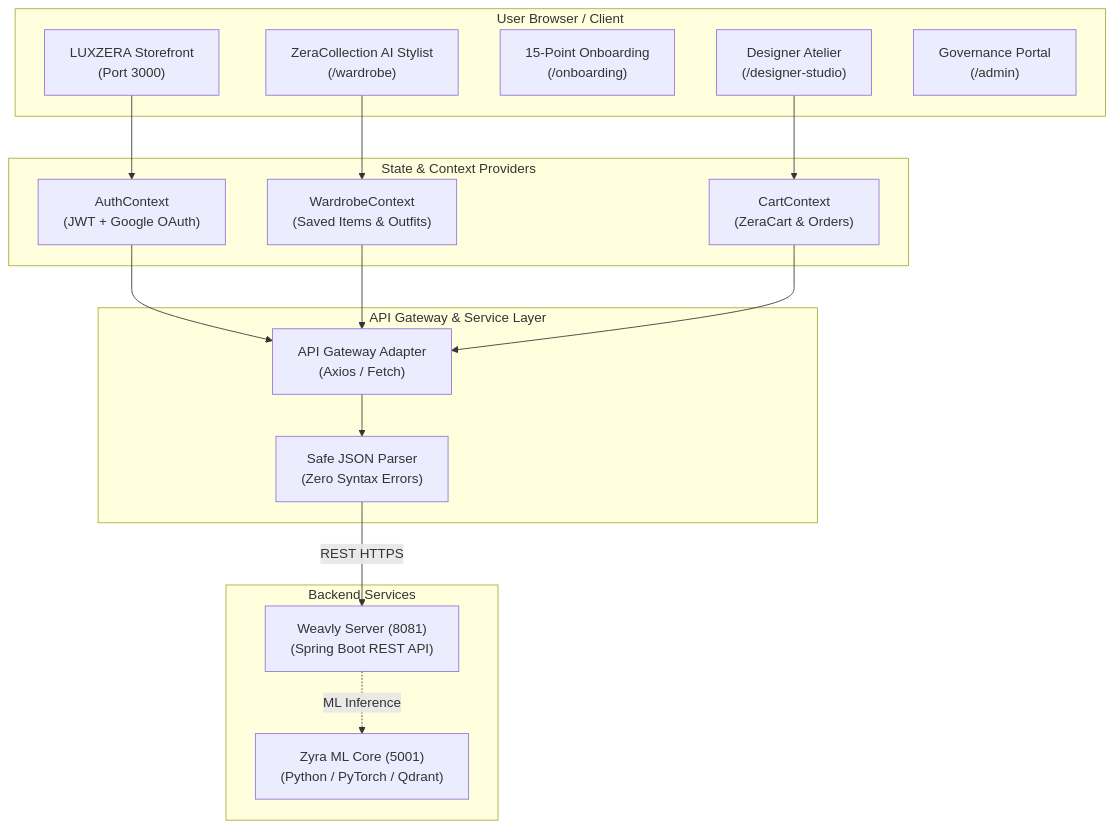
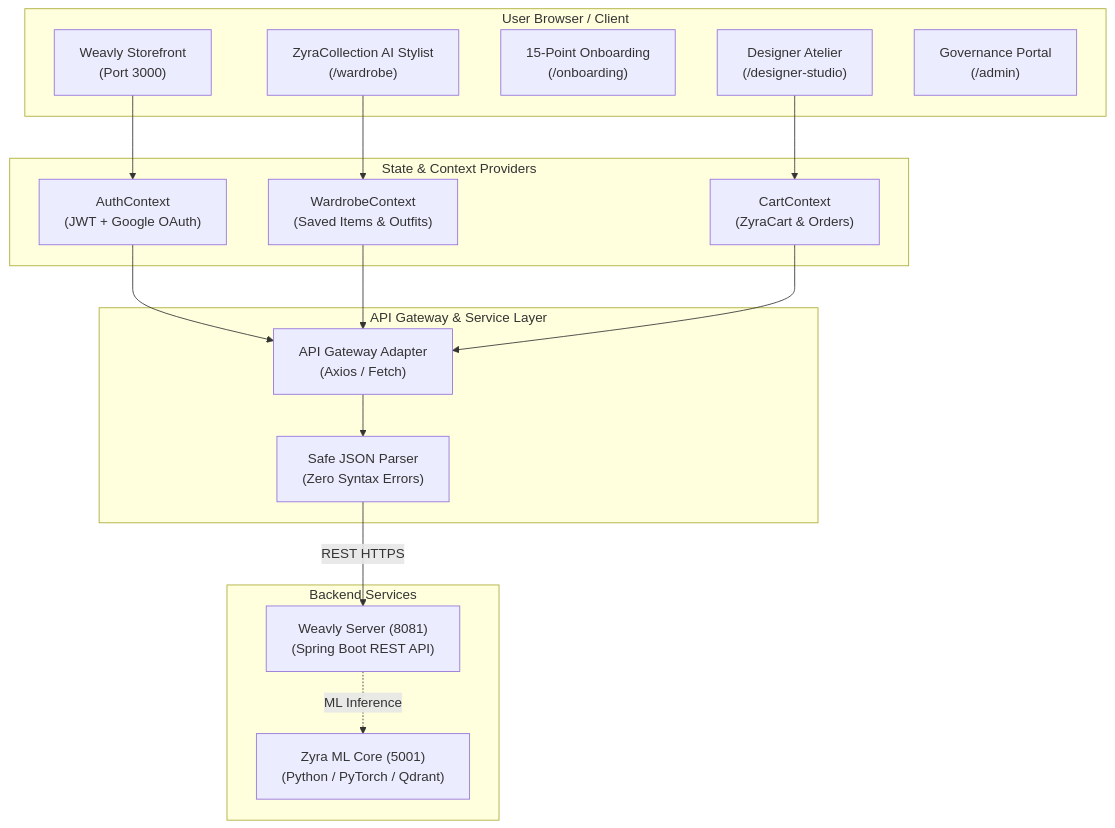
One commit to Ch-saketh/weavly changed the first of 3 diagrams in weavly-client/LUXZERA/frontend/README.md. Above: the diagram before and after it, drawn with Mermaid. The commit also changed other lines of this file and 4 other files, not shown here.

Commit message:
docs: replace luxzera with weavly and zera with zyra across all READMEs

````diff
--- a/weavly-client/LUXZERA/frontend/README.md
+++ b/weavly-client/LUXZERA/frontend/README.md
@@ -24,38 +24,38 @@
 ```mermaid
 flowchart TD
     subgraph Browser["User Browser / Client"]
-        Store["LUXZERA Storefront<br/>(Port 3000)"]
-        Wardrobe["ZeraCollection AI Stylist<br/>(/wardrobe)"]
+        Store["Weavly Storefront<br/>(Port 3000)"]
+        Wardrobe["ZyraCollection AI Stylist<br/>(/wardrobe)"]
         Onboarding["15-Point Onboarding<br/>(/onboarding)"]
         Studio["Designer Atelier<br/>(/designer-studio)"]
         Admin["Governance Portal<br/>(/admin)"]
     end
 
     subgraph StateManagement["State & Context Providers"]
         AuthCtx["AuthContext<br/>(JWT + Google OAuth)"]
         WardrobeCtx["WardrobeContext<br/>(Saved Items & Outfits)"]
-        CartCtx["CartContext<br/>(ZeraCart & Orders)"]
+        CartCtx["CartContext<br/>(ZyraCart & Orders)"]
     end
 
     subgraph Gateway["API Gateway & Service Layer"]
         HttpGateway["API Gateway Adapter<br/>(Axios / Fetch)"]
         SafeParser["Safe JSON Parser<br/>(Zero Syntax Errors)"]
     end
 
     subgraph ExternalBackends["Backend Services"]
         SpringServer["Weavly Server (8081)<br/>(Spring Boot REST API)"]
         ZyraCore["Zyra ML Core (5001)<br/>(Python / PyTorch / Qdrant)"]
     end
 
     Store --> AuthCtx
     Wardrobe --> WardrobeCtx
     Studio --> CartCtx
 
     AuthCtx --> HttpGateway
     WardrobeCtx --> HttpGateway
     CartCtx --> HttpGateway
 
     HttpGateway --> SafeParser
     SafeParser -->|REST HTTPS| SpringServer
     SpringServer -.->|ML Inference| ZyraCore
 ```
````
